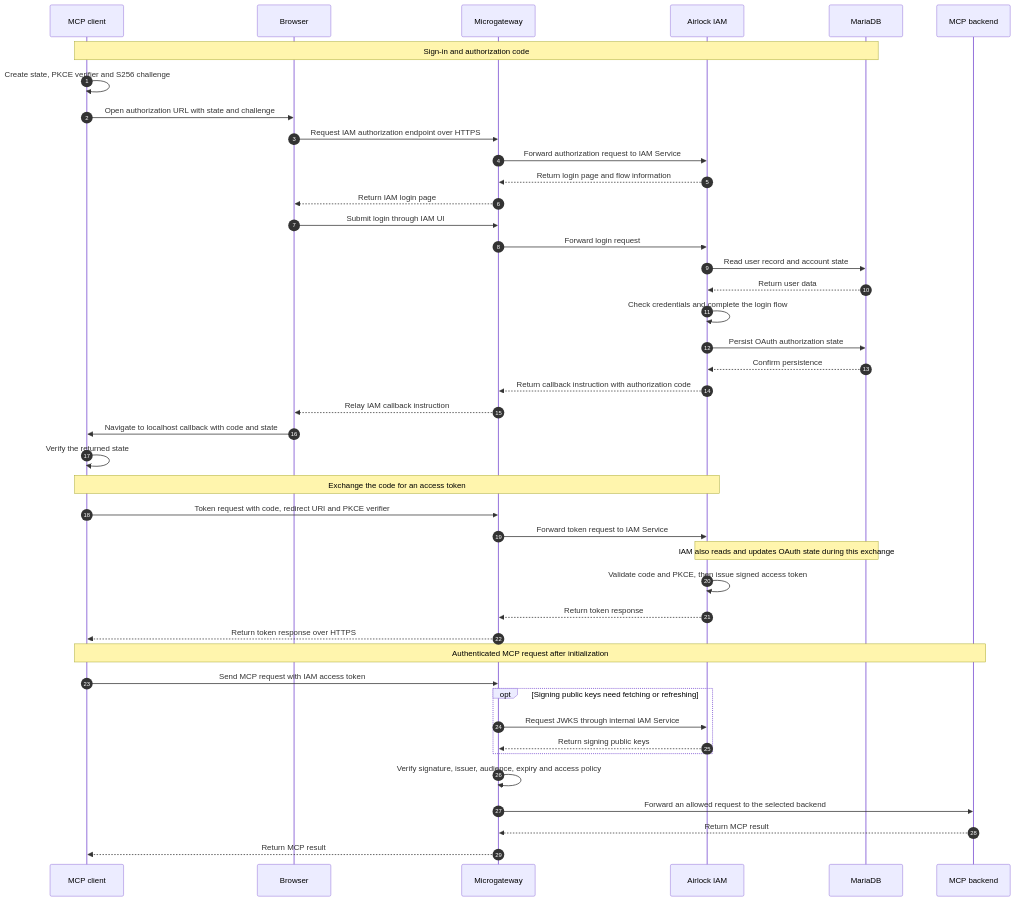
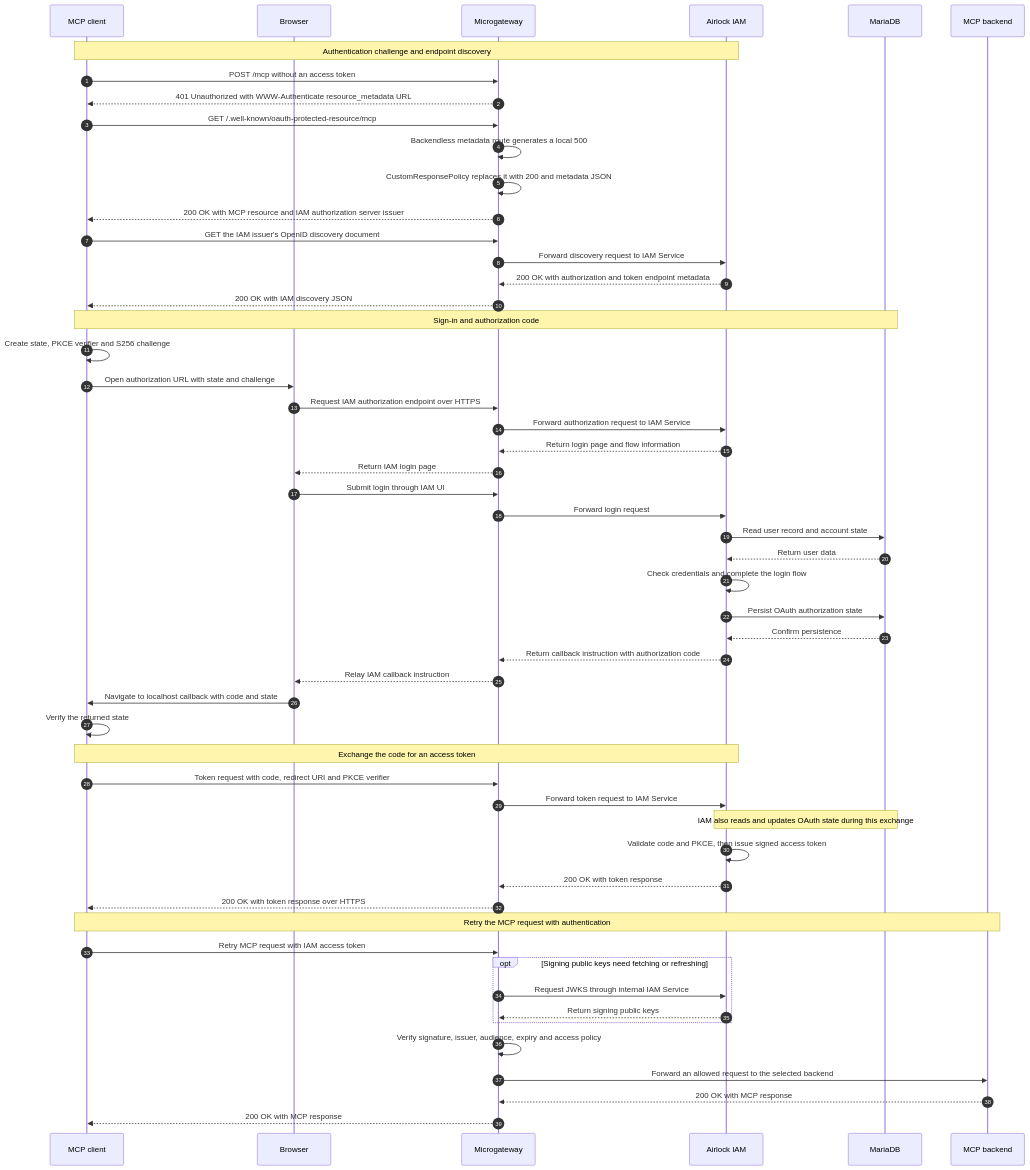
Before and after one commit to airlock-presales/microgateway-running-example-WIP: the second of 2 diagrams in scenarios/README-mcp.md, drawn with Mermaid. The commit also changed other lines of this file, not shown here.

Commit message:
docs(mcp): clarify authentication challenge and discovery flow

````diff
--- a/scenarios/README-mcp.md
+++ b/scenarios/README-mcp.md
@@ -31,48 +31,60 @@
 ```mermaid
 sequenceDiagram
     autonumber
     participant C as MCP client
     participant B as Browser
     participant G as Microgateway
     participant I as Airlock IAM
     participant D as MariaDB
     participant S as MCP backend
+
+    Note over C,I: Authentication challenge and endpoint discovery
+    C->>G: POST /mcp without an access token
+    G-->>C: 401 Unauthorized with WWW-Authenticate resource_metadata URL
+    C->>G: GET /.well-known/oauth-protected-resource/mcp
+    G->>G: Backendless metadata route generates a local 500
+    G->>G: CustomResponsePolicy replaces it with 200 and metadata JSON
+    G-->>C: 200 OK with MCP resource and IAM authorization server issuer
+    C->>G: GET the IAM issuer's OpenID discovery document
+    G->>I: Forward discovery request to IAM Service
+    I-->>G: 200 OK with authorization and token endpoint metadata
+    G-->>C: 200 OK with IAM discovery JSON
 
     Note over C,D: Sign-in and authorization code
     C->>C: Create state, PKCE verifier and S256 challenge
     C->>B: Open authorization URL with state and challenge
     B->>G: Request IAM authorization endpoint over HTTPS
     G->>I: Forward authorization request to IAM Service
     I-->>G: Return login page and flow information
     G-->>B: Return IAM login page
     B->>G: Submit login through IAM UI
     G->>I: Forward login request
     I->>D: Read user record and account state
     D-->>I: Return user data
     I->>I: Check credentials and complete the login flow
     I->>D: Persist OAuth authorization state
     D-->>I: Confirm persistence
     I-->>G: Return callback instruction with authorization code
     G-->>B: Relay IAM callback instruction
     B->>C: Navigate to localhost callback with code and state
     C->>C: Verify the returned state
 
     Note over C,I: Exchange the code for an access token
     C->>G: Token request with code, redirect URI and PKCE verifier
     G->>I: Forward token request to IAM Service
     Note over I,D: IAM also reads and updates OAuth state during this exchange
     I->>I: Validate code and PKCE, then issue signed access token
-    I-->>G: Return token response
-    G-->>C: Return token response over HTTPS
+    I-->>G: 200 OK with token response
+    G-->>C: 200 OK with token response over HTTPS
 
-    Note over C,S: Authenticated MCP request after initialization
-    C->>G: Send MCP request with IAM access token
+    Note over C,S: Retry the MCP request with authentication
+    C->>G: Retry MCP request with IAM access token
     opt Signing public keys need fetching or refreshing
         G->>I: Request JWKS through internal IAM Service
         I-->>G: Return signing public keys
     end
     G->>G: Verify signature, issuer, audience, expiry and access policy
     G->>S: Forward an allowed request to the selected backend
-    S-->>G: Return MCP result
-    G-->>C: Return MCP result
+    S-->>G: 200 OK with MCP response
+    G-->>C: 200 OK with MCP response
 ```
````
